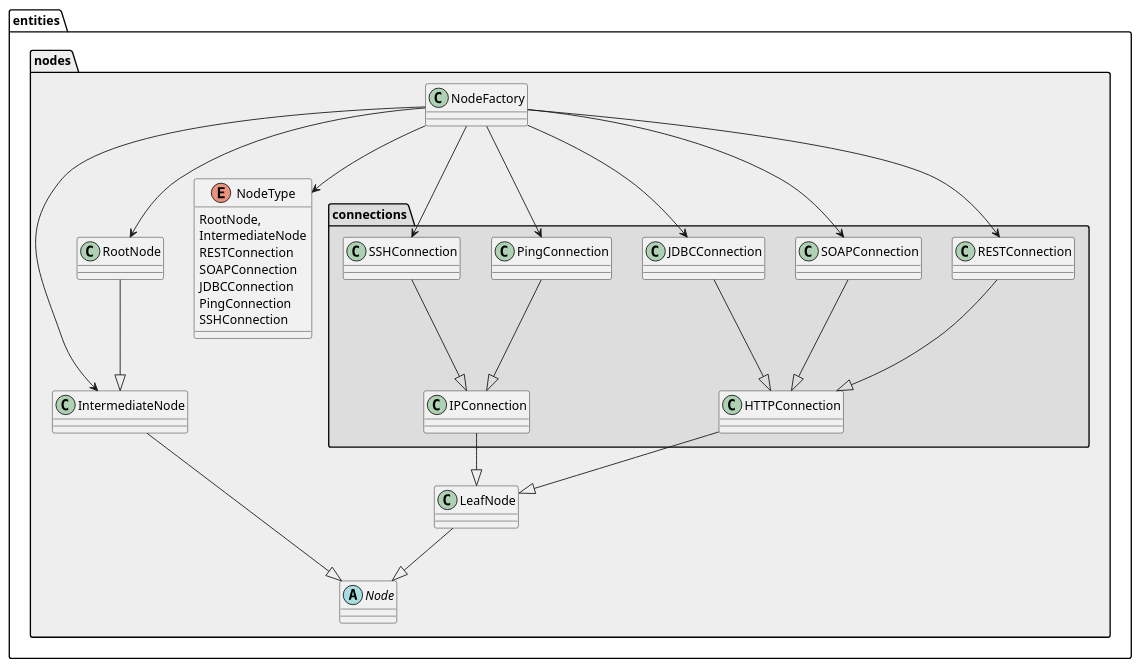
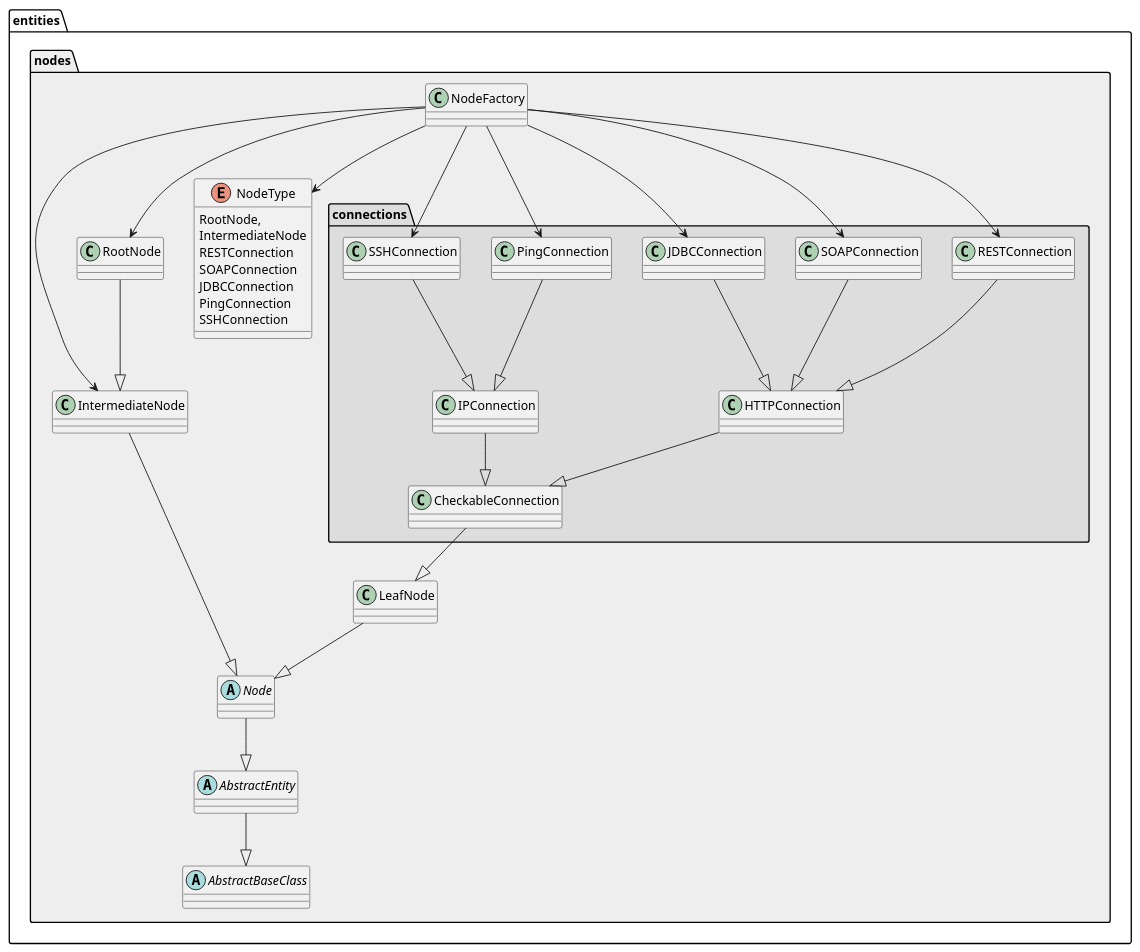
The diagram in docs/entities_nodes.puml (mmoser18/kismon), drawn with PlantUML before and after one commit. The commit also changed 82 other files, not shown here.

```diff
--- a/docs/entities_nodes.puml
+++ b/docs/entities_nodes.puml
@@ -1,46 +1,51 @@
 @startuml
 
 package "entities.nodes" #EEEEEE {
 
+	abstract class AbstractBaseClass
+	abstract class AbstractEntity
 	abstract class Node
 	abstract class LeafNode
 	
 	class LeafNode
 	class IntermediateNode
 	class RootNode
 	
+	AbstractEntity --|> AbstractBaseClass
+	Node --|> AbstractEntity
 	LeafNode --|> Node
 	IntermediateNode --|> Node
 	RootNode --|> IntermediateNode
 	
 	package "entities.nodes.connections" #DDDDDD {
-		HTTPConnection --|> LeafNode
-		IPConnection   --|> LeafNode
+		CheckableConnection --|> LeafNode
+		HTTPConnection --|> CheckableConnection
+		IPConnection   --|> CheckableConnection
 		RESTConnection --|> HTTPConnection
 		SOAPConnection --|> HTTPConnection
 		JDBCConnection --|> HTTPConnection
 		PingConnection --|> IPConnection
 		SSHConnection  --|> IPConnection
 	}
 
 	enum NodeType { 
 		RootNode,
 		IntermediateNode
 		RESTConnection
 		SOAPConnection
 		JDBCConnection
 		PingConnection
 		SSHConnection
 	}	
 	
 	NodeFactory --> RootNode
 	NodeFactory --> IntermediateNode
 	NodeFactory --> RESTConnection
 	NodeFactory --> SOAPConnection
 	NodeFactory --> JDBCConnection
 	NodeFactory --> PingConnection
 	NodeFactory --> SSHConnection
 	NodeFactory --> NodeType
 }
 
 @enduml
```
